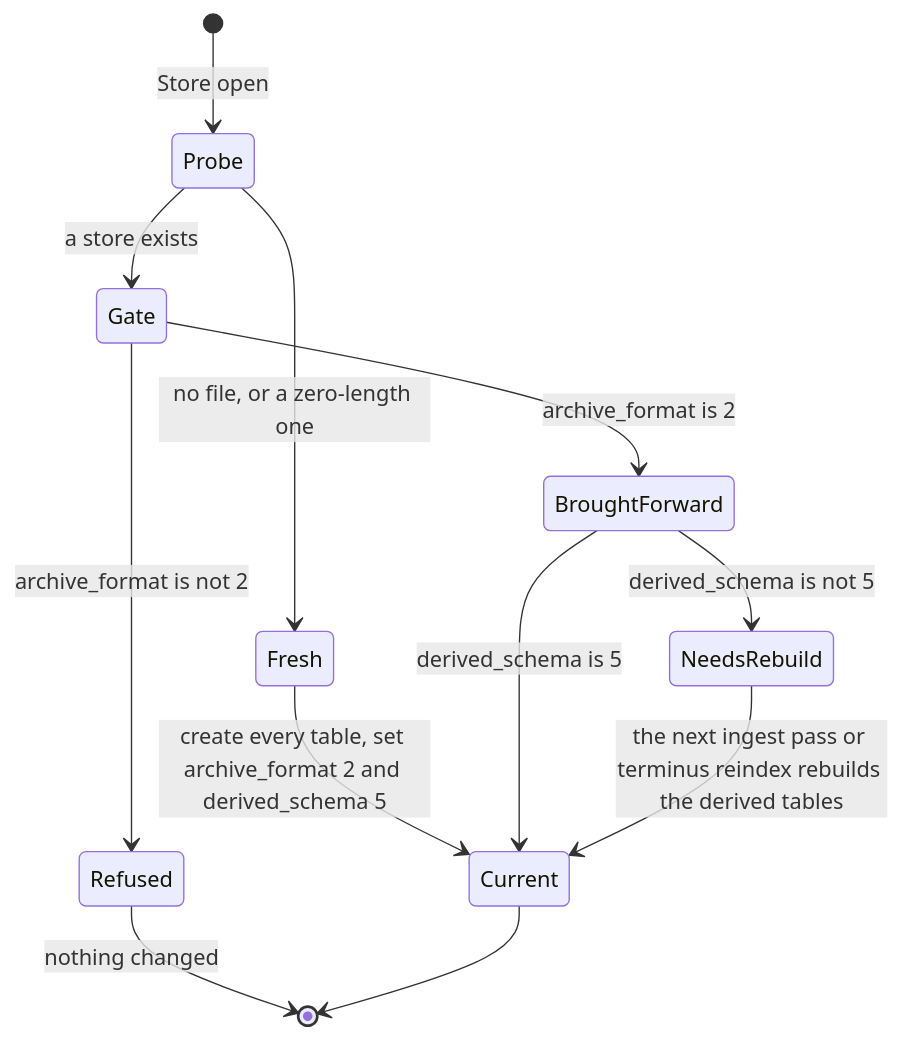
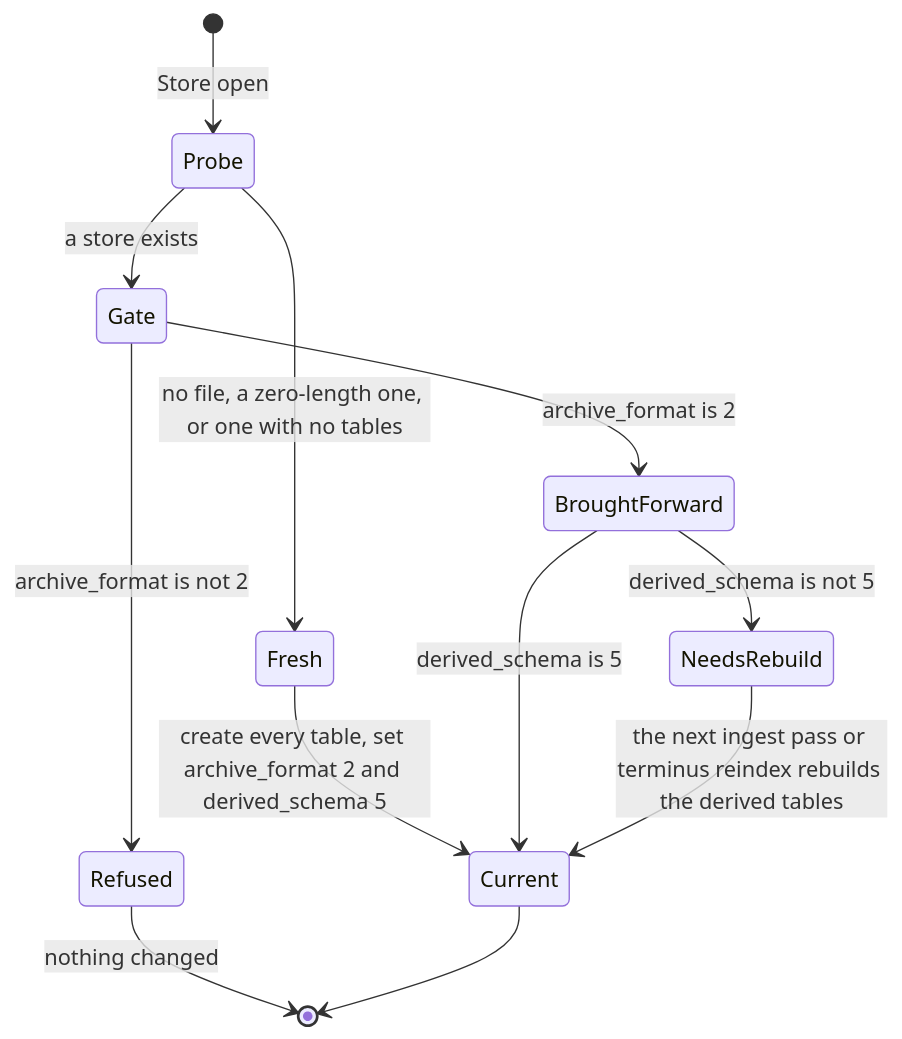
The second of 3 diagrams in docs/design/0004-archive-and-block-rows.md (jcrenshaw-dev/terminus), drawn with Mermaid before and after one commit. The commit also changed other lines of this file and 13 other files, not shown here.

````diff
--- a/docs/design/0004-archive-and-block-rows.md
+++ b/docs/design/0004-archive-and-block-rows.md
@@ -429,14 +429,14 @@
 ```mermaid
 stateDiagram-v2
   [*] --> Probe: Store open
-  Probe --> Fresh: no file, or a zero-length one
+  Probe --> Fresh: no file, a zero-length one, or one with no tables
   Fresh --> Current: create every table, set archive_format 2 and derived_schema 5
   Probe --> Gate: a store exists
   Gate --> Refused: archive_format is not 2
   Gate --> BroughtForward: archive_format is 2
   BroughtForward --> Current: derived_schema is 5
   BroughtForward --> NeedsRebuild: derived_schema is not 5
   NeedsRebuild --> Current: the next ingest pass or terminus reindex rebuilds the derived tables
   Refused --> [*]: nothing changed
   Current --> [*]
 ```
````
